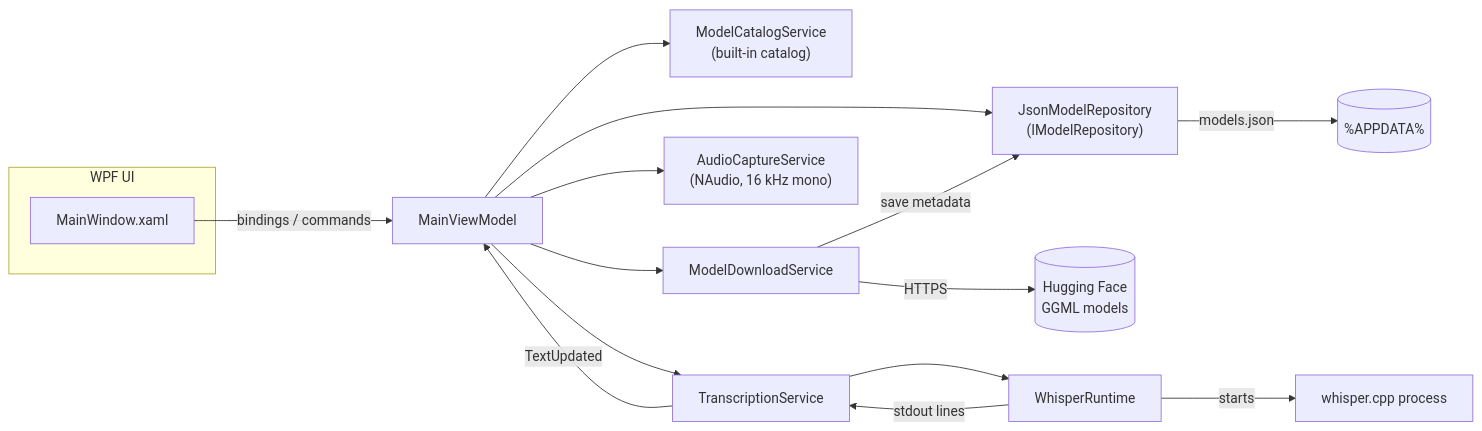
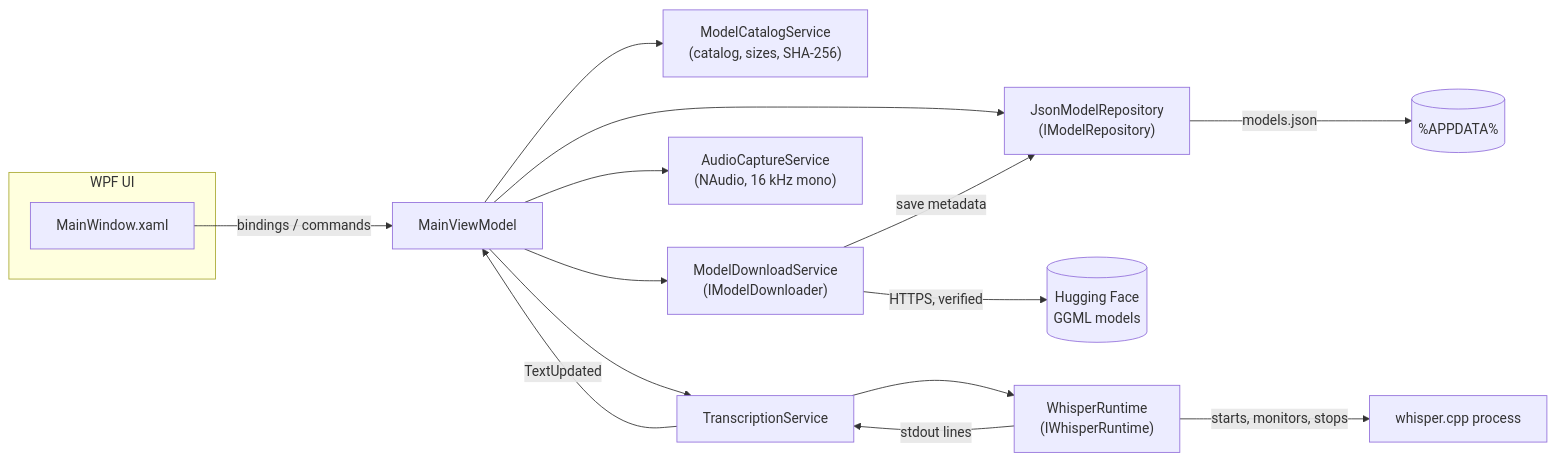
One commit to muhib-karim/VoiceDicatationCodex changed the diagram in README.md. Above: the diagram before and after it, drawn with Mermaid. The commit also changed other lines of this file and 1 other file, not shown here.

First line of the commit message:
docs: README and architecture notes match the hardened behaviour

````diff
--- a/README.md
+++ b/README.md
@@ -69,21 +107,21 @@
 ```mermaid
 flowchart LR
     subgraph UI["WPF UI"]
         MW["MainWindow.xaml"]
     end
     MW -- bindings / commands --> VM["MainViewModel"]
 
-    VM --> CAT["ModelCatalogService<br/>(built-in catalog)"]
-    VM --> DL["ModelDownloadService"]
+    VM --> CAT["ModelCatalogService<br/>(catalog, sizes, SHA-256)"]
+    VM --> DL["ModelDownloadService<br/>(IModelDownloader)"]
     VM --> REPO["JsonModelRepository<br/>(IModelRepository)"]
     VM --> AUD["AudioCaptureService<br/>(NAudio, 16 kHz mono)"]
     VM --> TS["TranscriptionService"]
 
-    DL -- HTTPS --> HF[("Hugging Face<br/>GGML models")]
+    DL -- HTTPS, verified --> HF[("Hugging Face<br/>GGML models")]
     DL -- save metadata --> REPO
     REPO -- models.json --> FS[("%APPDATA%")]
-    TS --> RT["WhisperRuntime"]
+    TS --> RT["WhisperRuntime<br/>(IWhisperRuntime)"]
     RT -- stdout lines --> TS
-    RT -- starts --> EXE["whisper.cpp process"]
+    RT -- starts, monitors, stops --> EXE["whisper.cpp process"]
     TS -- TextUpdated --> VM
 ```
````
